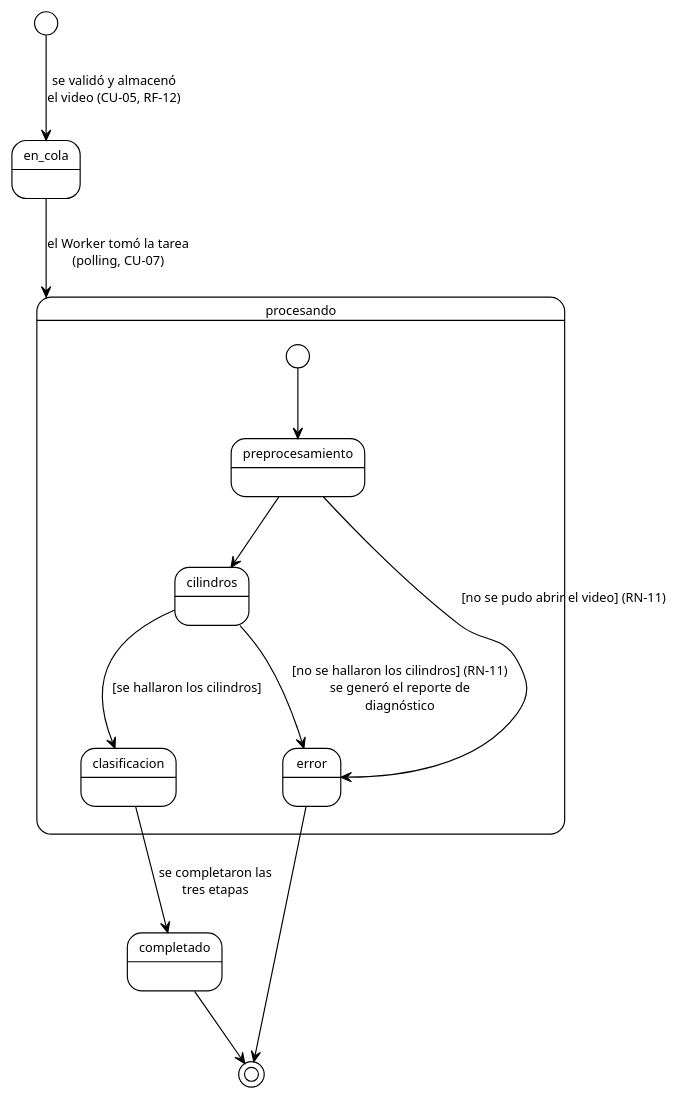
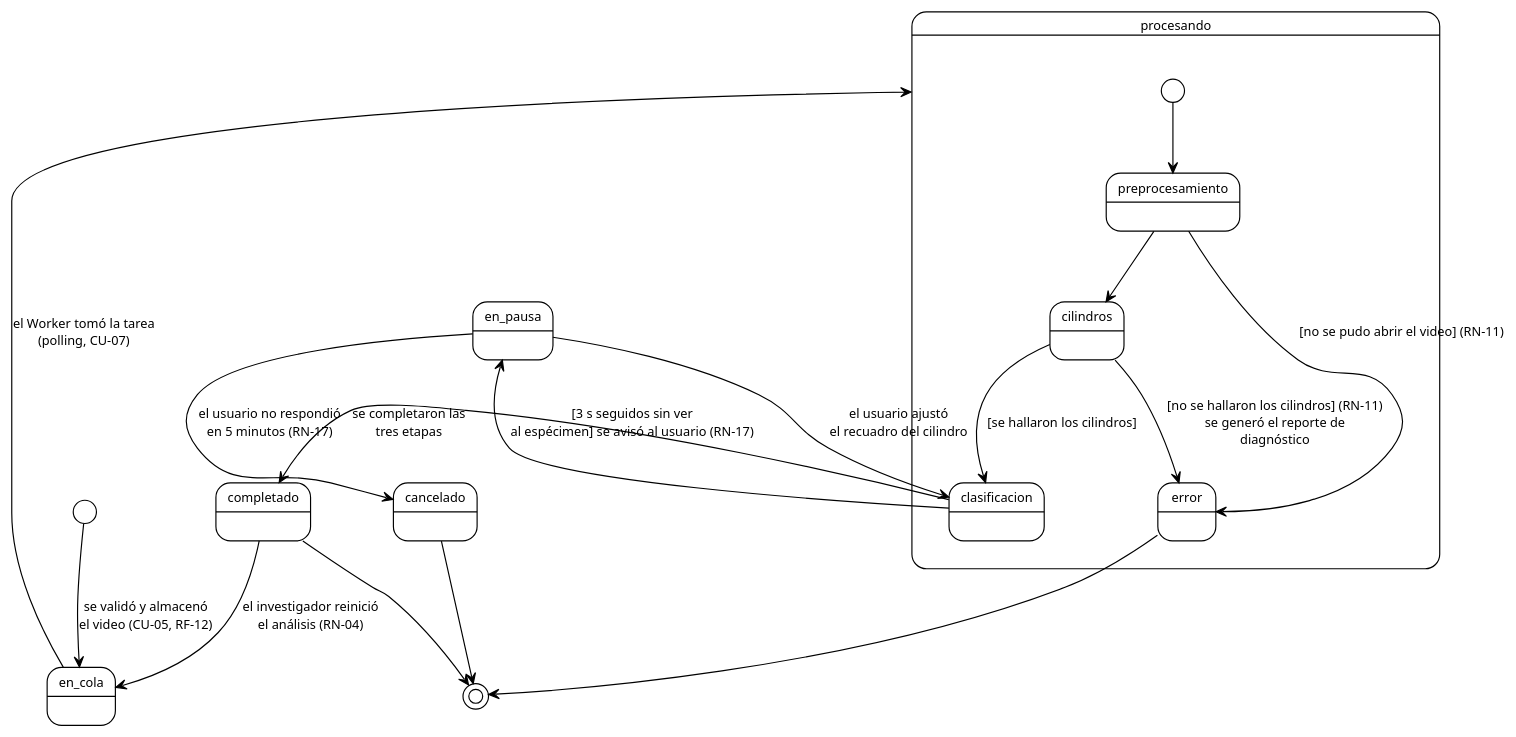
Before and after one commit to ErickJester/fst-ai-system-latex: the diagram in diagramas/estados_analisis.puml, drawn with PlantUML. The commit also changed 22 other files, not shown here.

```diff
--- a/diagramas/estados_analisis.puml
+++ b/diagramas/estados_analisis.puml
@@ -1,23 +1,28 @@
 @startuml estados_analisis
 !theme plain
 skinparam defaultFontName Arial
 skinparam defaultFontSize 11
 skinparam shadowing false
 
 [*] --> en_cola : se validó y almacenó\nel video (CU-05, RF-12)
 
 state procesando {
   [*] --> preprocesamiento
   preprocesamiento --> cilindros
   preprocesamiento --> error : [no se pudo abrir el video] (RN-11)
   cilindros --> clasificacion : [se hallaron los cilindros]
 }
 
 en_cola --> procesando : el Worker tomó la tarea\n(polling, CU-07)
 cilindros --> error : [no se hallaron los cilindros] (RN-11)\nse generó el reporte de\ndiagnóstico
 clasificacion --> completado : se completaron las\ntres etapas
+clasificacion --> en_pausa : [3 s seguidos sin ver\nal espécimen] se avisó al usuario (RN-17)
+en_pausa --> clasificacion : el usuario ajustó\nel recuadro del cilindro
+en_pausa --> cancelado : el usuario no respondió\nen 5 minutos (RN-17)
+completado --> en_cola : el investigador reinició\nel análisis (RN-04)
 
 completado --> [*]
 error --> [*]
+cancelado --> [*]
 
 @enduml
```
